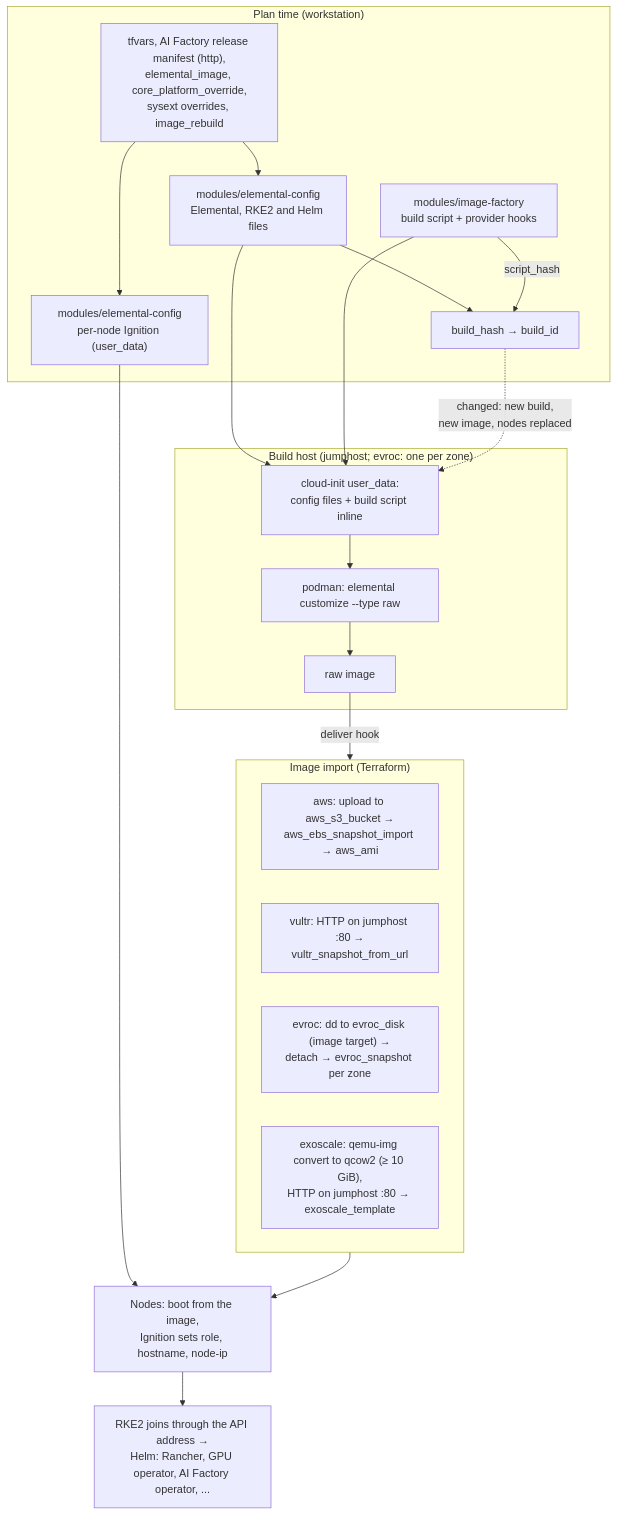
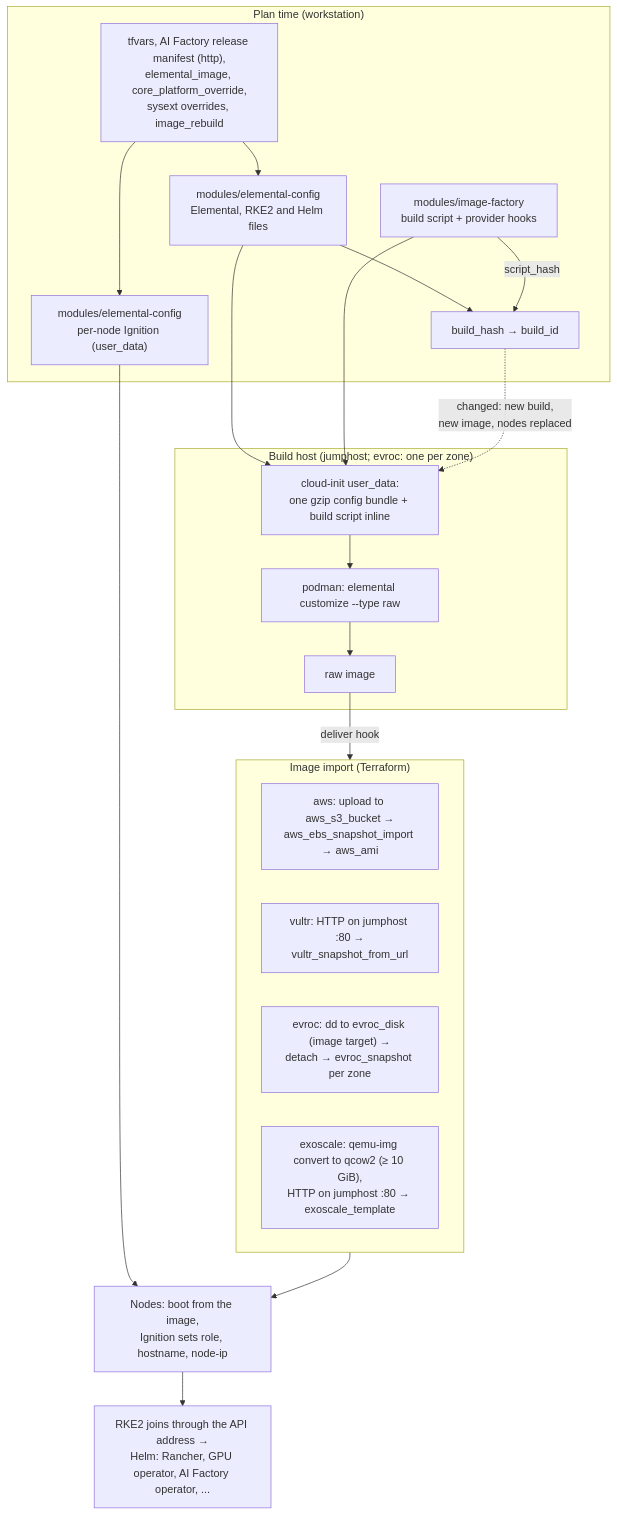
The second of 11 diagrams in docs/architecture.md (e-minguez/suse-ai-factory-cloud-providers), drawn with Mermaid before and after one commit. The commit also changed 17 other files, not shown here.

First line of the commit message:
fix: compress build host user_data across files

````diff
--- a/docs/architecture.md
+++ b/docs/architecture.md
@@ -37,38 +37,38 @@
 ```mermaid
 flowchart TD
     subgraph plan_time ["Plan time (workstation)"]
         inputs["tfvars, AI Factory release manifest (http),<br/>elemental_image, core_platform_override,<br/>sysext overrides, image_rebuild"]
         ec["modules/elemental-config<br/>Elemental, RKE2 and Helm files"]
         ign["modules/elemental-config<br/>per-node Ignition (user_data)"]
         hash["build_hash → build_id"]
         fac["modules/image-factory<br/>build script + provider hooks"]
         inputs --> ec
         ec --> hash
         fac -- "script_hash" --> hash
         inputs --> ign
     end
 
     subgraph build_host ["Build host (jumphost; evroc: one per zone)"]
-        ud["cloud-init user_data:<br/>config files + build script inline"]
+        ud["cloud-init user_data:<br/>one gzip config bundle + build script inline"]
         cust["podman: elemental customize --type raw"]
         raw["raw image"]
         ud --> cust --> raw
     end
 
     ec --> ud
     fac --> ud
     hash -. "changed: new build,<br/>new image, nodes replaced" .-> ud
 
     raw -- "deliver hook" --> deliver
 
     subgraph deliver ["Image import (Terraform)"]
         aws["aws: upload to aws_s3_bucket →<br/>aws_ebs_snapshot_import → aws_ami"]
         vultr["vultr: HTTP on jumphost :80 →<br/>vultr_snapshot_from_url"]
         evroc["evroc: dd to evroc_disk (image target) →<br/>detach → evroc_snapshot per zone"]
         exoscale["exoscale: qemu-img convert to qcow2 (≥ 10 GiB),<br/>HTTP on jumphost :80 → exoscale_template"]
     end
 
     deliver --> nodes["Nodes: boot from the image,<br/>Ignition sets role, hostname, node-ip"]
     ign --> nodes
     nodes --> rke2["RKE2 joins through the API address →<br/>Helm: Rancher, GPU operator, AI Factory operator, ..."]
 ```
````
